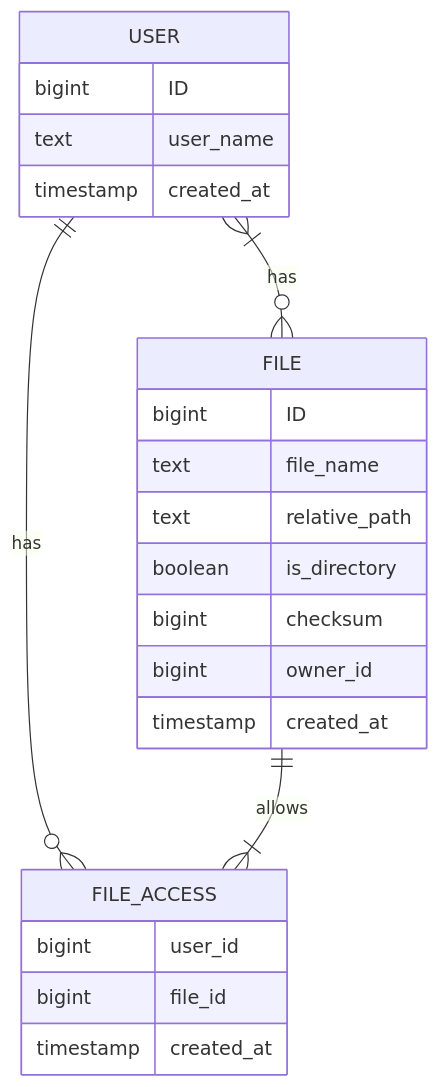
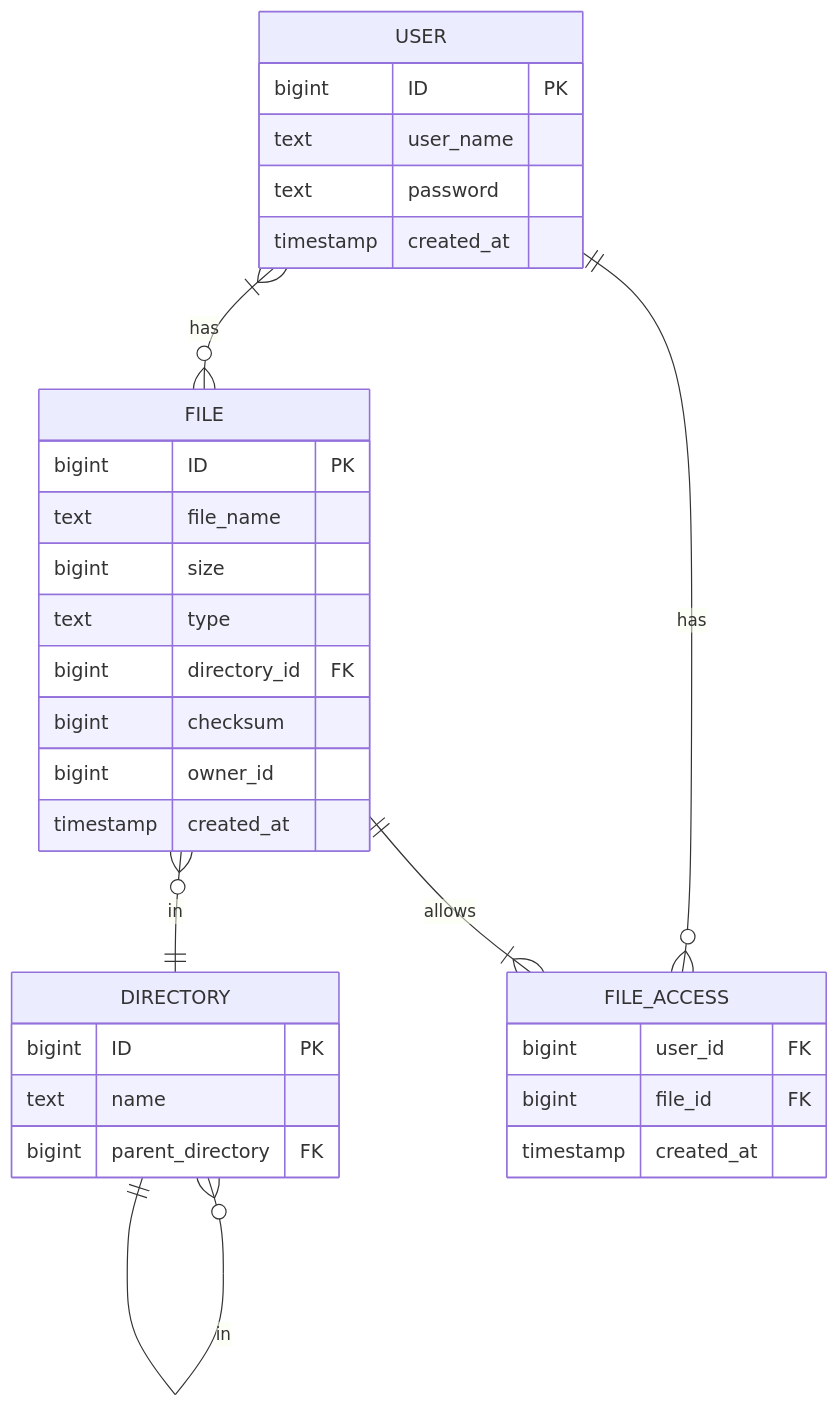
Before and after one commit to SlashLight/highload-cloud: the second of 2 diagrams in README.md, drawn with Mermaid. The commit also changed other lines of this file, not shown here.

Commit message:
changed ER structure

````diff
--- a/README.md
+++ b/README.md
@@ -37,28 +37,39 @@
 ```mermaid
 erDiagram
 USER{
-    bigint ID 
-    text user_name 
+    bigint ID PK
+    text user_name
+    text password
     timestamp created_at 
 }
 
 FILE{
-    bigint ID 
+    bigint ID PK
     text file_name 
-    text relative_path
-    boolean is_directory
+    bigint size
+    text type
+    bigint directory_id FK
     bigint checksum
     bigint owner_id
     timestamp created_at  
 }
 
+DIRECTORY{
+    bigint ID PK
+    text name
+    bigint parent_directory FK
+}
+
 FILE_ACCESS {
-    bigint user_id
-    bigint file_id
+    bigint user_id FK
+    bigint file_id FK
     timestamp created_at
 }
+
 
 USER }|--o{ FILE : has
 USER ||--o{ FILE_ACCESS : has
 FILE ||--|{ FILE_ACCESS : allows
+FILE }o--|| DIRECTORY : in
+DIRECTORY }o--|| DIRECTORY : in
 ```
````
